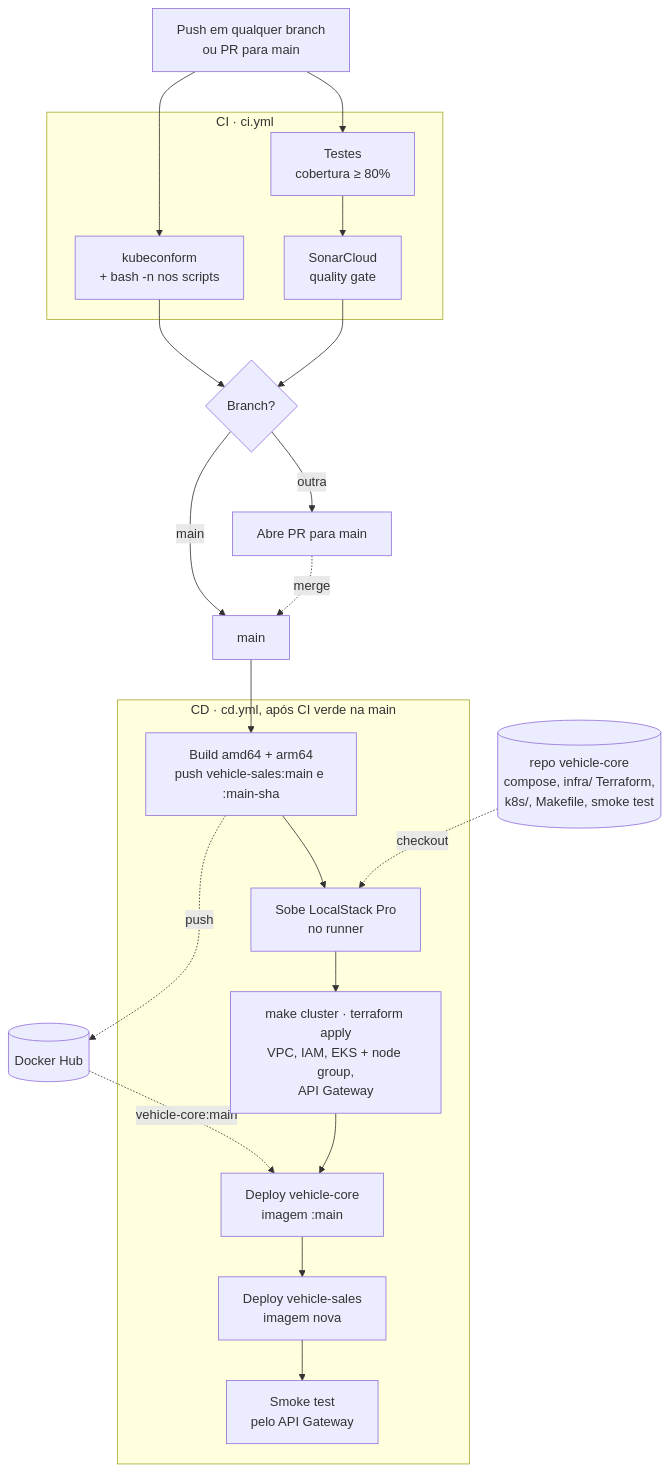
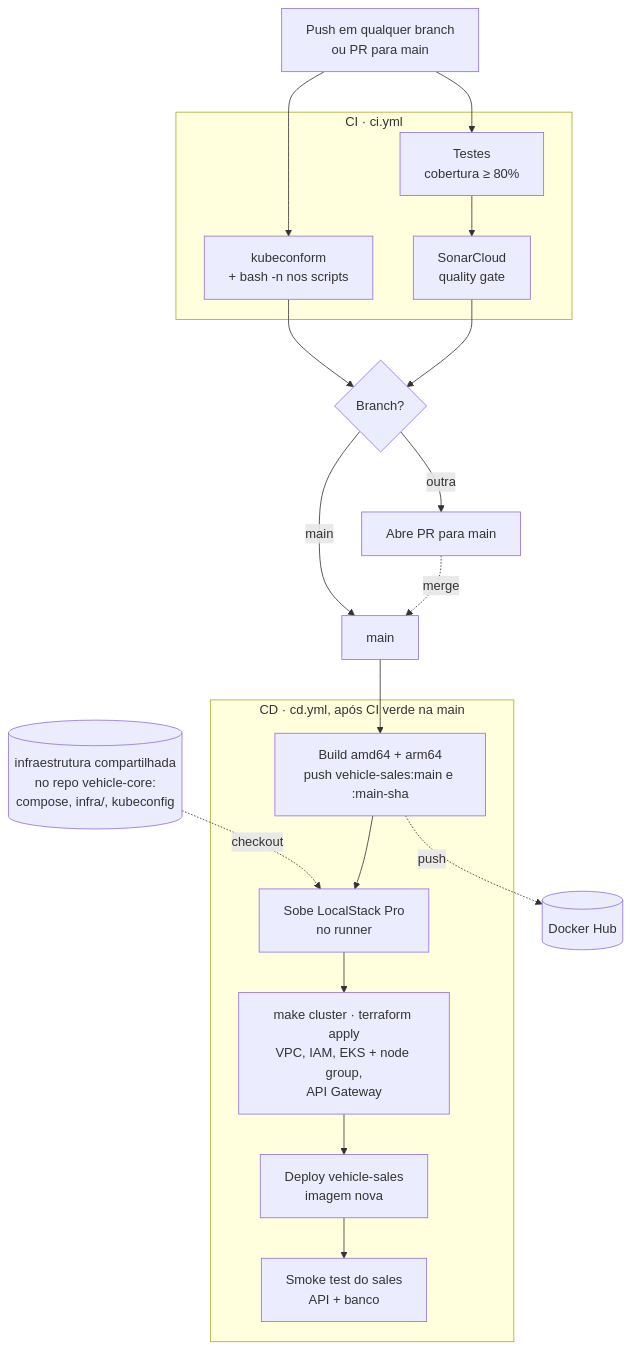
One commit to nessaoana/vehicle-sales changed the third of 3 diagrams in README.md. Above: the diagram before and after it, drawn with Mermaid. The commit also changed other lines of this file and 4 other files, not shown here.

First line of the commit message:
ci: CD do vehicle-sales publica e testa só o próprio serviço

````diff
--- a/README.md
+++ b/README.md
@@ -164,30 +169,28 @@
 ```mermaid
 flowchart TB
 	Push[Push em qualquer branch<br/>ou PR para main]
 
 	subgraph CI[CI · ci.yml]
 		Tests[Testes<br/>cobertura ≥ 80%] --> Sonar[SonarCloud<br/>quality gate]
 		K8sCheck[kubeconform<br/>+ bash -n nos scripts]
 	end
 
 	Push --> Tests
 	Push --> K8sCheck
 	Sonar & K8sCheck --> Branch{Branch?}
 	Branch -- outra --> PR[Abre PR para main]
 	PR -. merge .-> Main[main]
 	Branch -- main --> Main
 
 	subgraph CD[CD · cd.yml, após CI verde na main]
 		Docker[Build amd64 + arm64<br/>push vehicle-sales:main e :main-sha]
 		Docker --> LS[Sobe LocalStack Pro<br/>no runner]
 		LS --> TFApply[make cluster · terraform apply<br/>VPC, IAM, EKS + node group,<br/>API Gateway]
-		TFApply --> DCore[Deploy vehicle-core<br/>imagem :main]
-		DCore --> DSales[Deploy vehicle-sales<br/>imagem nova]
-		DSales --> Smoke[Smoke test<br/>pelo API Gateway]
+		TFApply --> DSales[Deploy vehicle-sales<br/>imagem nova]
+		DSales --> Smoke[Smoke test do sales<br/>API + banco]
 	end
 
 	Main --> Docker
-	CoreRepo[(repo vehicle-core<br/>compose, infra/ Terraform,<br/>k8s/, Makefile, smoke test)] -. checkout .-> LS
-	Hub[(Docker Hub)] -. vehicle-core:main .-> DCore
-	Docker -. push .-> Hub
+	Infra[(infraestrutura compartilhada<br/>no repo vehicle-core:<br/>compose, infra/, kubeconfig)] -. checkout .-> LS
+	Docker -. push .-> Hub[(Docker Hub)]
 ```
````
